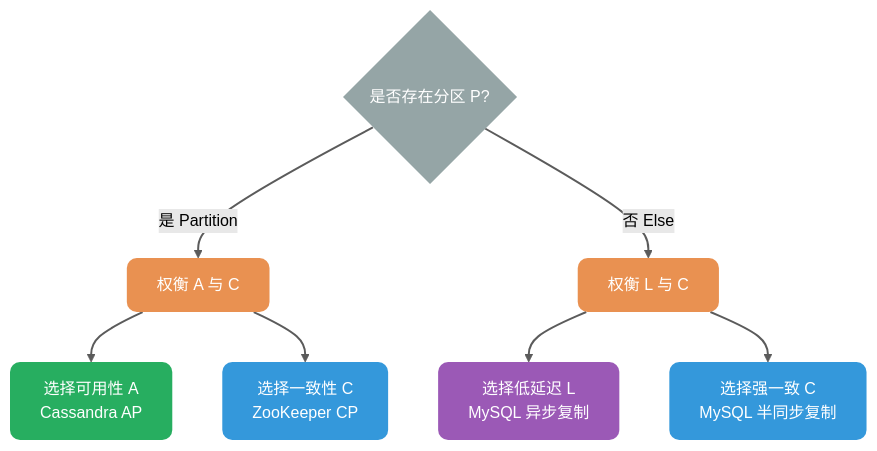
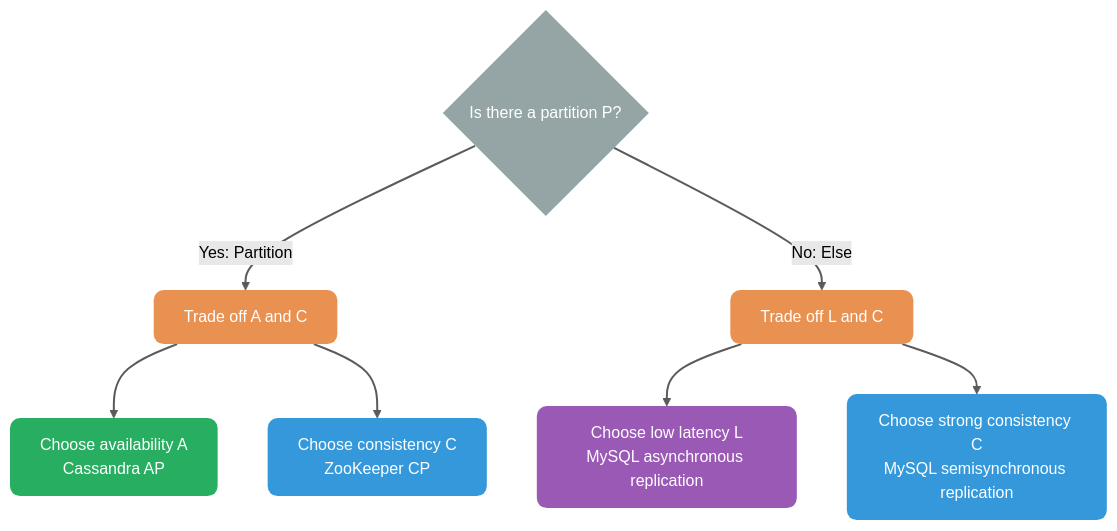
One commit to m3h3d1/JavaGuideEn changed the second of 5 diagrams in docs/distributed-system/protocol/cap-and-base-theorem.md. Above: the diagram before and after it, drawn with Mermaid (forest theme). The commit also changed other lines of this file and 16 other files, not shown here.

````diff
--- a/docs/distributed-system/protocol/cap-and-base-theorem.md
+++ b/docs/distributed-system/protocol/cap-and-base-theorem.md
@@ -99,22 +91,22 @@
 ```mermaid
 flowchart TB
-    %% 核心语义配色
+    %% Core semantic colors
     classDef question fill:#95A5A6,color:#FFFFFF,stroke:none,rx:10,ry:10
     classDef choice fill:#E99151,color:#FFFFFF,stroke:none,rx:10,ry:10
     classDef consistency fill:#3498DB,color:#FFFFFF,stroke:none,rx:10,ry:10
     classDef availability fill:#27AE60,color:#FFFFFF,stroke:none,rx:10,ry:10
     classDef latency fill:#9B59B6,color:#FFFFFF,stroke:none,rx:10,ry:10
 
-    Q{是否存在分区 P?}:::question
+    Q{Is there a partition P?}:::question
 
-    Q -->|是 Partition| PAC[权衡 A 与 C]:::choice
-    Q -->|否 Else| ELC[权衡 L 与 C]:::choice
+    Q -->|Yes: Partition| PAC[Trade off A and C]:::choice
+    Q -->|No: Else| ELC[Trade off L and C]:::choice
 
-    PAC --> PA[选择可用性 A<br/>Cassandra AP]:::availability
-    PAC --> PC[选择一致性 C<br/>ZooKeeper CP]:::consistency
+    PAC --> PA[Choose availability A<br/>Cassandra AP]:::availability
+    PAC --> PC[Choose consistency C<br/>ZooKeeper CP]:::consistency
 
-    ELC --> LC[选择低延迟 L<br/>MySQL 异步复制]:::latency
-    ELC --> EC[选择强一致 C<br/>MySQL 半同步复制]:::consistency
+    ELC --> LC[Choose low latency L<br/>MySQL asynchronous replication]:::latency
+    ELC --> EC[Choose strong consistency C<br/>MySQL semisynchronous replication]:::consistency
 
     linkStyle default stroke-width:2px,stroke:#333333,opacity:0.8
 ```
````
